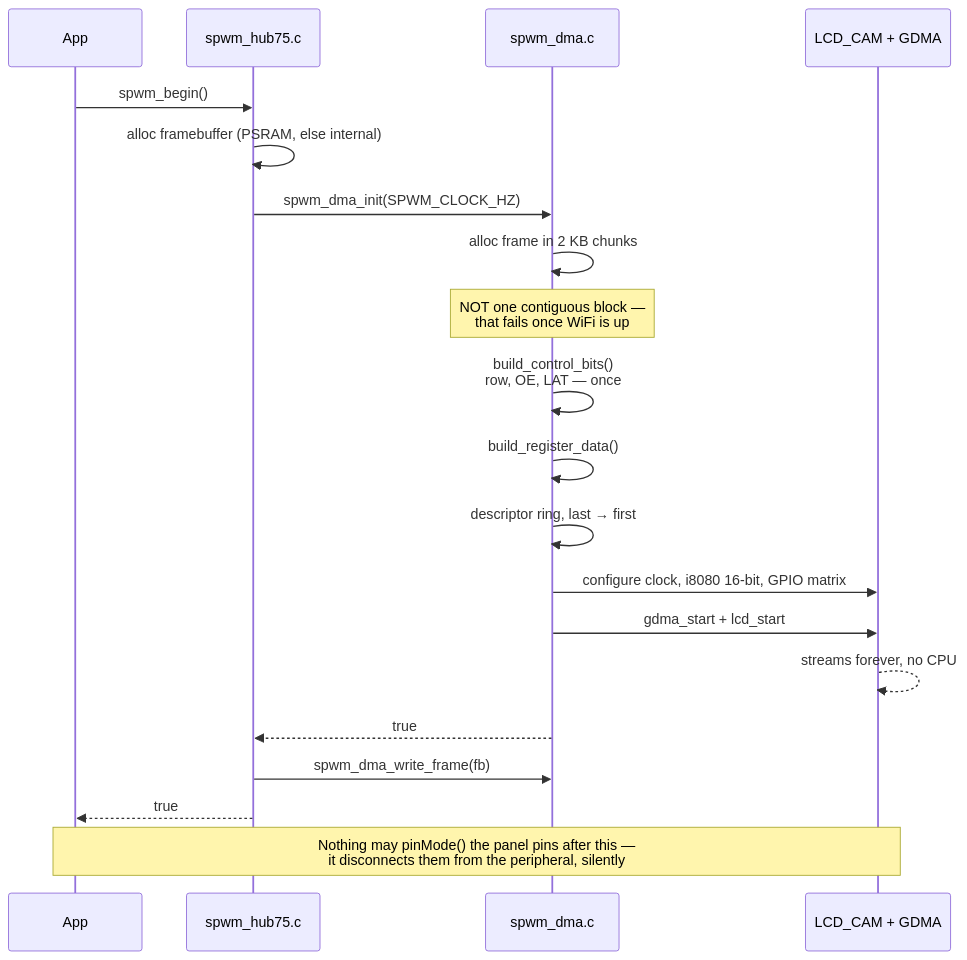
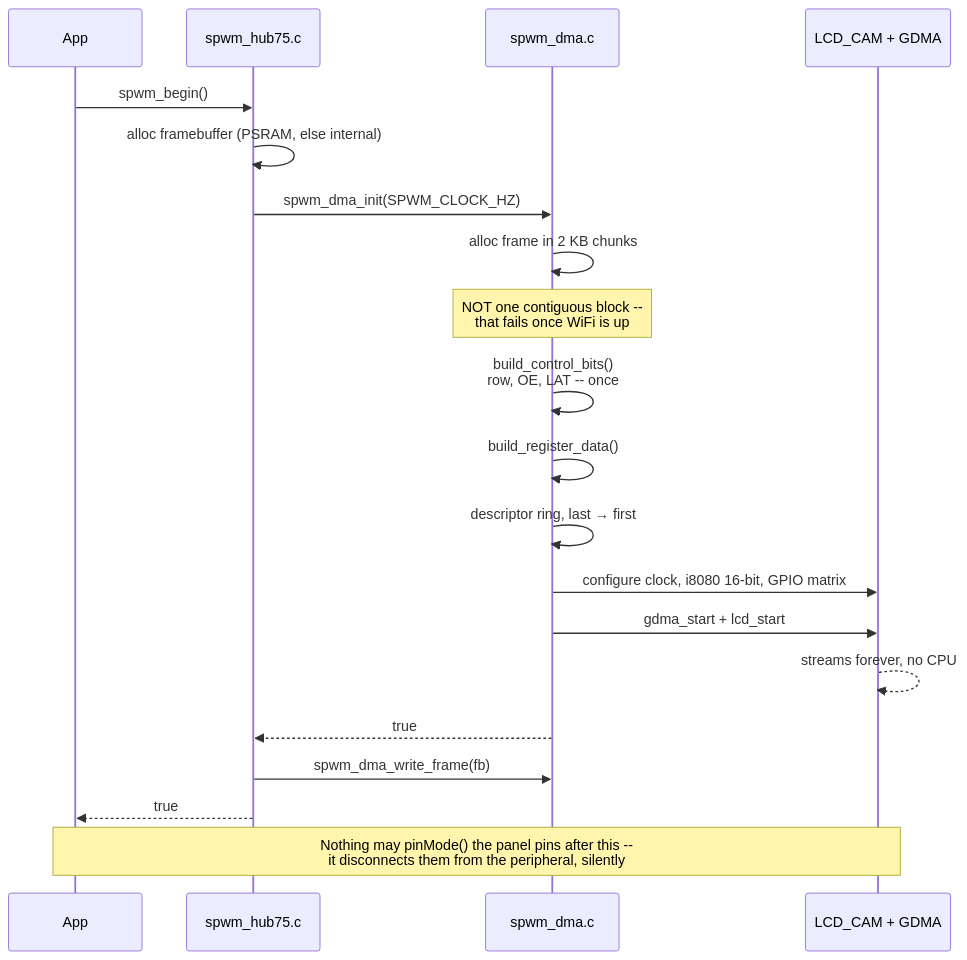
Before and after one commit to cuneytozseker/esp32-spwm-hub75: the second of 5 diagrams in docs/ARCHITECTURE.md, drawn with Mermaid. The commit also changed other lines of this file and 1 other file, not shown here.

````diff
--- a/docs/ARCHITECTURE.md
+++ b/docs/ARCHITECTURE.md
@@ -82,24 +82,24 @@
 ```mermaid
 sequenceDiagram
     participant App
     participant API as spwm_hub75.c
     participant DMA as spwm_dma.c
     participant HW as LCD_CAM + GDMA
 
     App->>API: spwm_begin()
     API->>API: alloc framebuffer (PSRAM, else internal)
     API->>DMA: spwm_dma_init(SPWM_CLOCK_HZ)
     DMA->>DMA: alloc frame in 2 KB chunks
-    Note over DMA: NOT one contiguous block —<br/>that fails once WiFi is up
-    DMA->>DMA: build_control_bits()<br/>row, OE, LAT — once
+    Note over DMA: NOT one contiguous block --<br/>that fails once WiFi is up
+    DMA->>DMA: build_control_bits()<br/>row, OE, LAT -- once
     DMA->>DMA: build_register_data()
     DMA->>DMA: descriptor ring, last → first
     DMA->>HW: configure clock, i8080 16-bit, GPIO matrix
     DMA->>HW: gdma_start + lcd_start
     HW-->>HW: streams forever, no CPU
     DMA-->>API: true
     API->>DMA: spwm_dma_write_frame(fb)
     API-->>App: true
 
-    Note over App,HW: Nothing may pinMode() the panel pins after this —<br/>it disconnects them from the peripheral, silently
+    Note over App,HW: Nothing may pinMode() the panel pins after this --<br/>it disconnects them from the peripheral, silently
 ```
````
